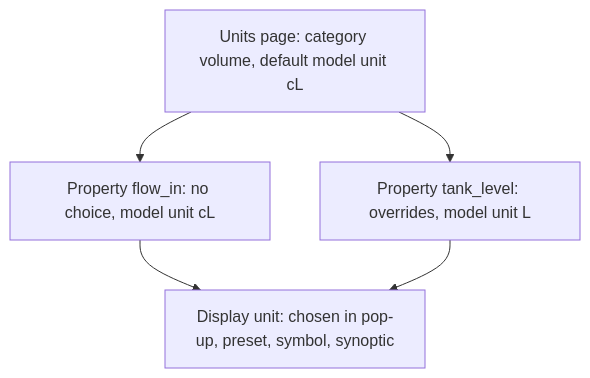
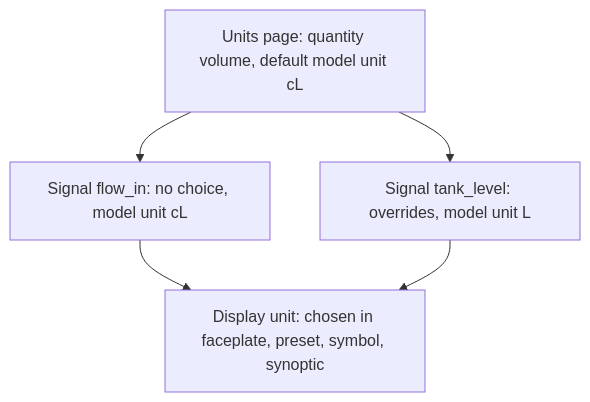
The third of 5 diagrams in metadata/05-units.md (AlexandreGallais/synoptic-studio-spec), drawn with Mermaid before and after one commit. The commit also changed other lines of this file and 18 other files, not shown here.

````diff
--- a/metadata/05-units.md
+++ b/metadata/05-units.md
@@ -48,7 +49,7 @@
 ```mermaid
 flowchart TD
-    C["Units page: category volume, default model unit cL"] --> P1["Property flow_in: no choice, model unit cL"]
-    C --> P2["Property tank_level: overrides, model unit L"]
-    P1 --> D["Display unit: chosen in pop-up, preset, symbol, synoptic"]
+    C["Units page: quantity volume, default model unit cL"] --> P1["Signal flow_in: no choice, model unit cL"]
+    C --> P2["Signal tank_level: overrides, model unit L"]
+    P1 --> D["Display unit: chosen in faceplate, preset, symbol, synoptic"]
     P2 --> D
 ```
````
